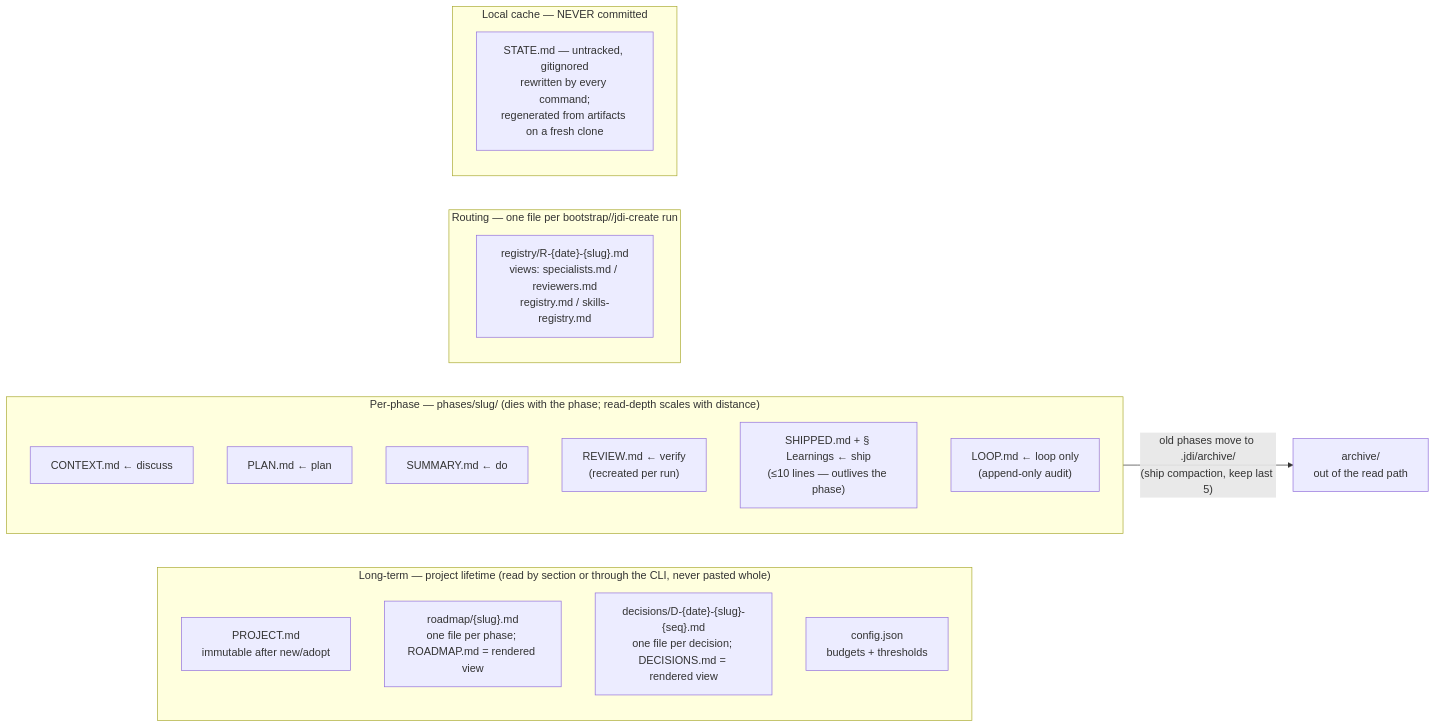
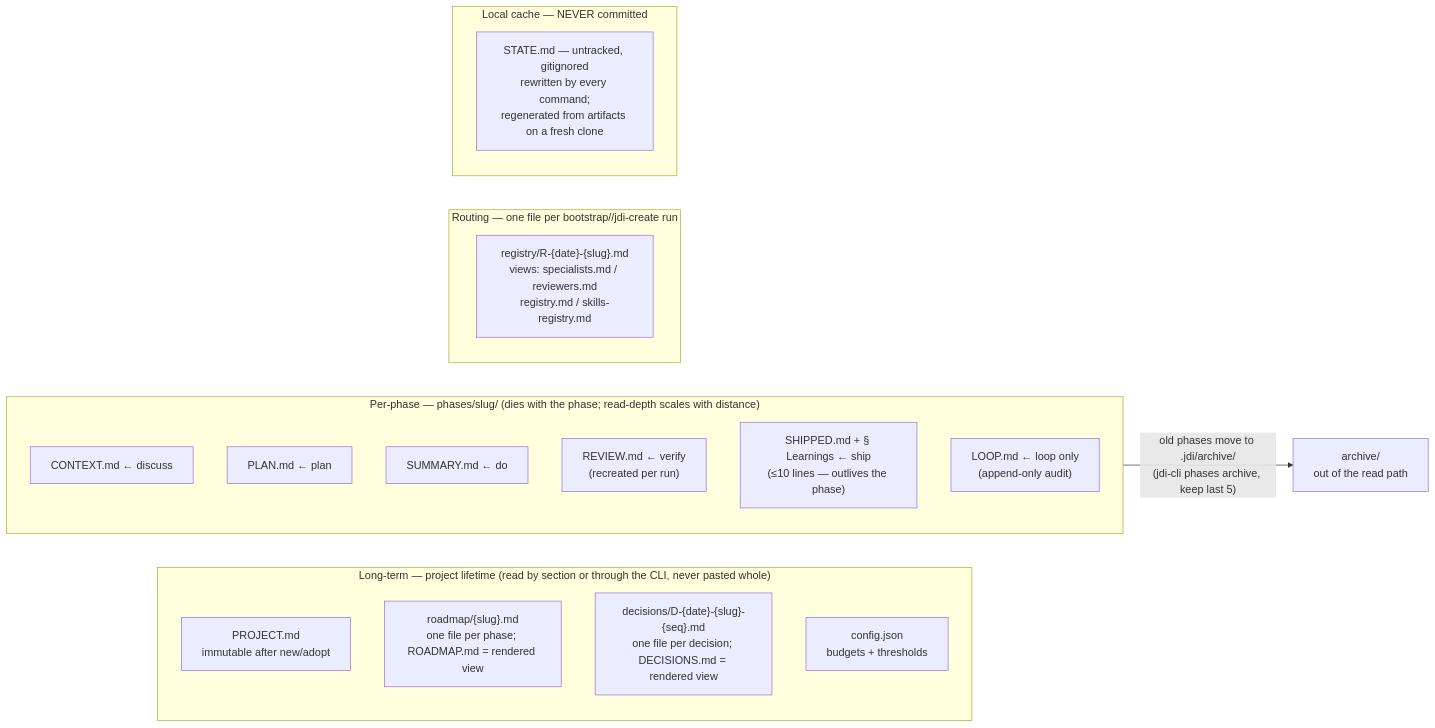
The third of 4 diagrams in README.md (slipalison/jdi-cli), drawn with Mermaid before and after one commit. The commit also changed other lines of this file and 91 other files, not shown here.

First line of the commit message:
feat: menos voltas de verificação — reuso de gates, evidência com validade, lote por volta, split na entrada, archive fora do ship (#75)

````diff
--- a/README.md
+++ b/README.md
@@ -219,28 +219,28 @@
 ```mermaid
 flowchart LR
     subgraph LT["Long-term — project lifetime (read by section or through the CLI, never pasted whole)"]
         PROJECT["PROJECT.md<br/>immutable after new/adopt"]
         ROADMAP["roadmap/{slug}.md<br/>one file per phase; ROADMAP.md = rendered view"]
         DECISIONS["decisions/D-{date}-{slug}-{seq}.md<br/>one file per decision; DECISIONS.md = rendered view"]
         CONFIG["config.json<br/>budgets + thresholds"]
     end
 
     subgraph PH["Per-phase — phases/slug/ (dies with the phase; read-depth scales with distance)"]
         CONTEXT["CONTEXT.md ← discuss"]
         PLAN["PLAN.md ← plan"]
         SUMMARY["SUMMARY.md ← do"]
         REVIEW["REVIEW.md ← verify<br/>(recreated per run)"]
         SHIPPED["SHIPPED.md + § Learnings ← ship<br/>(≤10 lines — outlives the phase)"]
         LOOPMD["LOOP.md ← loop only<br/>(append-only audit)"]
     end
 
     subgraph ROUTE["Routing — one file per bootstrap//jdi-create run"]
         SPEC["registry/R-{date}-{slug}.md<br/>views: specialists.md / reviewers.md<br/>registry.md / skills-registry.md"]
     end
 
     subgraph LOCAL["Local cache — NEVER committed"]
         STATE["STATE.md — untracked, gitignored<br/>rewritten by every command;<br/>regenerated from artifacts on a fresh clone"]
     end
 
-    PH -- "old phases move to .jdi/archive/<br/>(ship compaction, keep last 5)" --> ARCH["archive/<br/>out of the read path"]
+    PH -- "old phases move to .jdi/archive/<br/>(jdi-cli phases archive, keep last 5)" --> ARCH["archive/<br/>out of the read path"]
 ```
````
